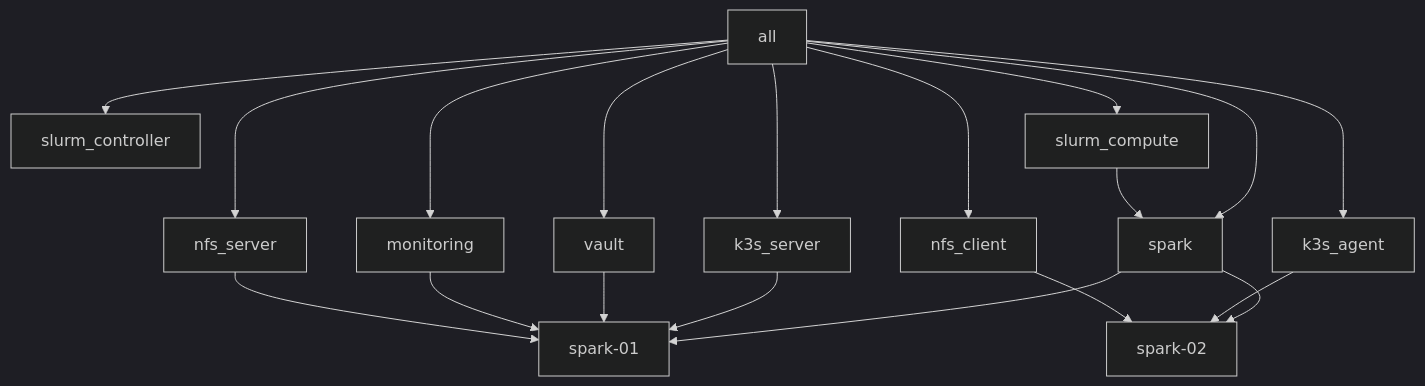
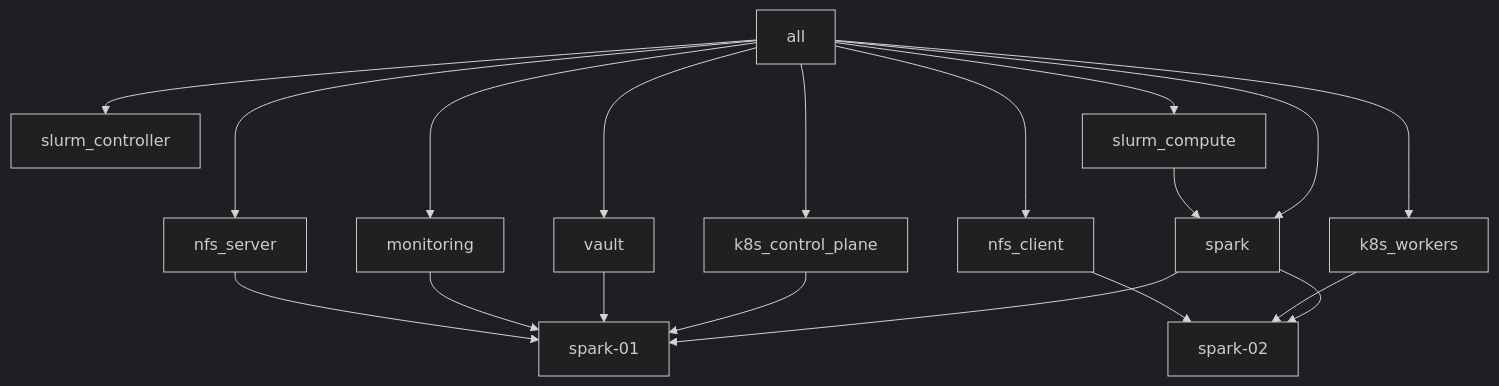
One commit to cloudone365/technical-depth changed the second of 2 diagrams in 01 Ansible/01-ansible-core-deep-dive.md. Above: the diagram before and after it, drawn with Mermaid (dark theme). The commit also changed other lines of this file and 53 other files, not shown here.

````diff
--- a/01 Ansible/01-ansible-core-deep-dive.md
+++ b/01 Ansible/01-ansible-core-deep-dive.md
@@ -65,13 +65,13 @@
 ```mermaid
 flowchart TB
   all --> spark
-  all --> k3s_server & k3s_agent & slurm_controller & slurm_compute & vault & monitoring & nfs_server & nfs_client
+  all --> k8s_control_plane & k8s_workers & slurm_controller & slurm_compute & vault & monitoring & nfs_server & nfs_client
   spark --> s1[spark-01] & s2[spark-02]
-  k3s_server --> s1
-  k3s_agent --> s2
+  k8s_control_plane --> s1
+  k8s_workers --> s2
   slurm_compute --> spark
   vault --> s1
   monitoring --> s1
   nfs_server --> s1
   nfs_client --> s2
 ```
````
